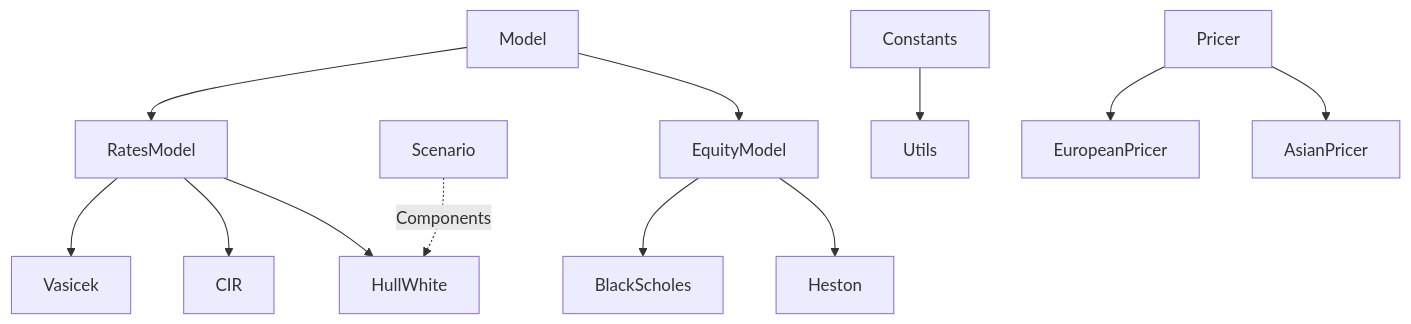
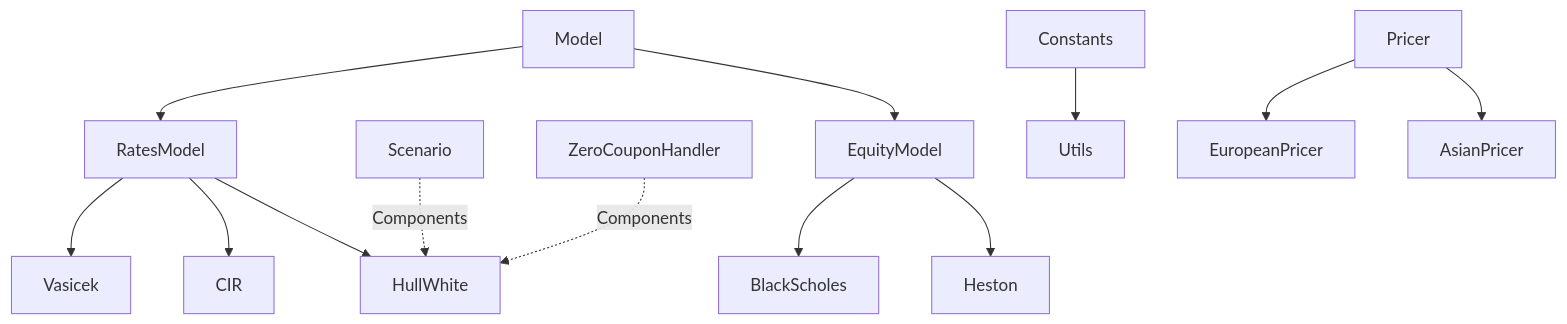
The diagram in README.md (lcsrodriguez/CuttingEdge-Milliman), drawn with Mermaid before and after one commit. The commit also changed 3 other files, not shown here.

Commit message:
Adding new class diagram + minor update for Heston (Milstein scheme) + Adding assets/data/ subfolder to keep track of ZC market price data

````diff
--- a/README.md
+++ b/README.md
@@ -23,16 +23,17 @@
 ```mermaid
   graph TD;
       Model --> RatesModel
       Model --> EquityModel
       RatesModel --> Vasicek
       RatesModel --> CIR
       RatesModel --> HullWhite
       Scenario -. Components .-> HullWhite
+      ZeroCouponHandler -. Components .-> HullWhite
       EquityModel --> BlackScholes
       EquityModel --> Heston
 
       Constants --> Utils
 
       Pricer --> EuropeanPricer
       Pricer --> AsianPricer
 ```
````
